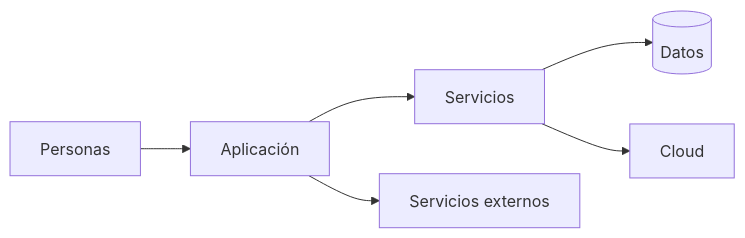
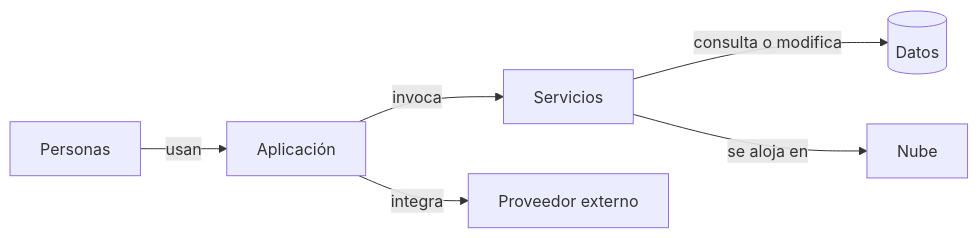
Before and after one commit to carlosmgc2003/slides-cuc-2026: the first of 7 diagrams in slides-clase-1.md, drawn with Mermaid. The commit also changed other lines of this file and 5 other files, not shown here.

````diff
--- a/slides-clase-1.md
+++ b/slides-clase-1.md
@@ -50,6 +152,8 @@
 ```mermaid
 flowchart LR
-  U[Personas] --> A[Aplicación] --> S[Servicios] --> D[(Datos)]
-  A --> X[Servicios externos]
-  S --> C[Cloud]
+  U[Personas] -->|usan| A[Aplicación]
+  A -->|invoca| S[Servicios]
+  S -->|consulta o modifica| D[(Datos)]
+  A -->|integra| X[Proveedor externo]
+  S -->|se aloja en| C[Nube]
 ```
````
